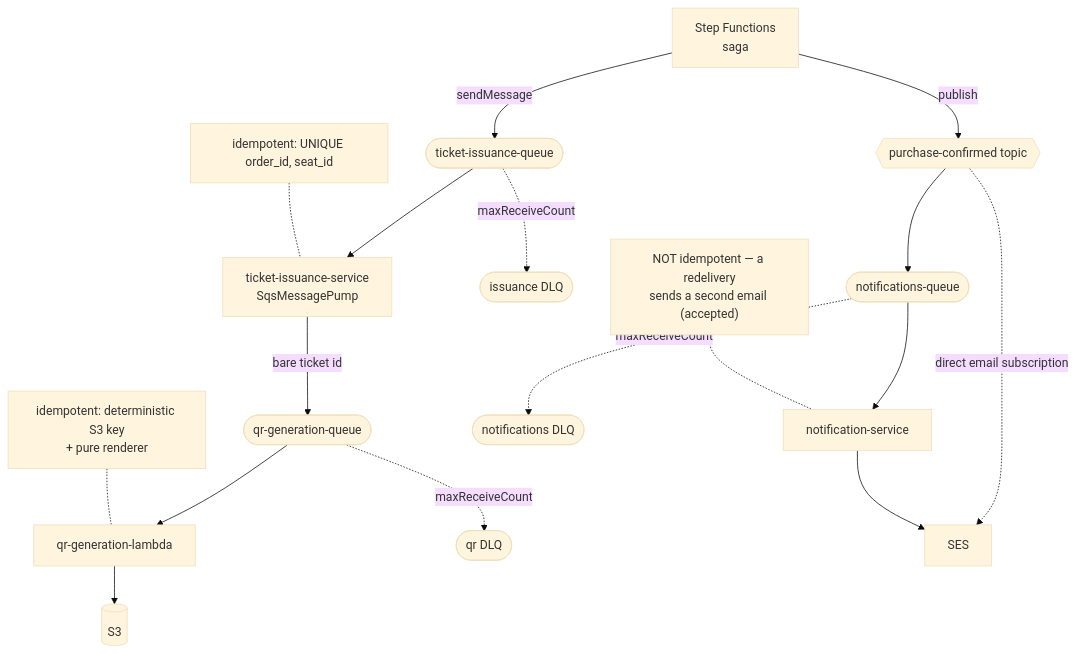
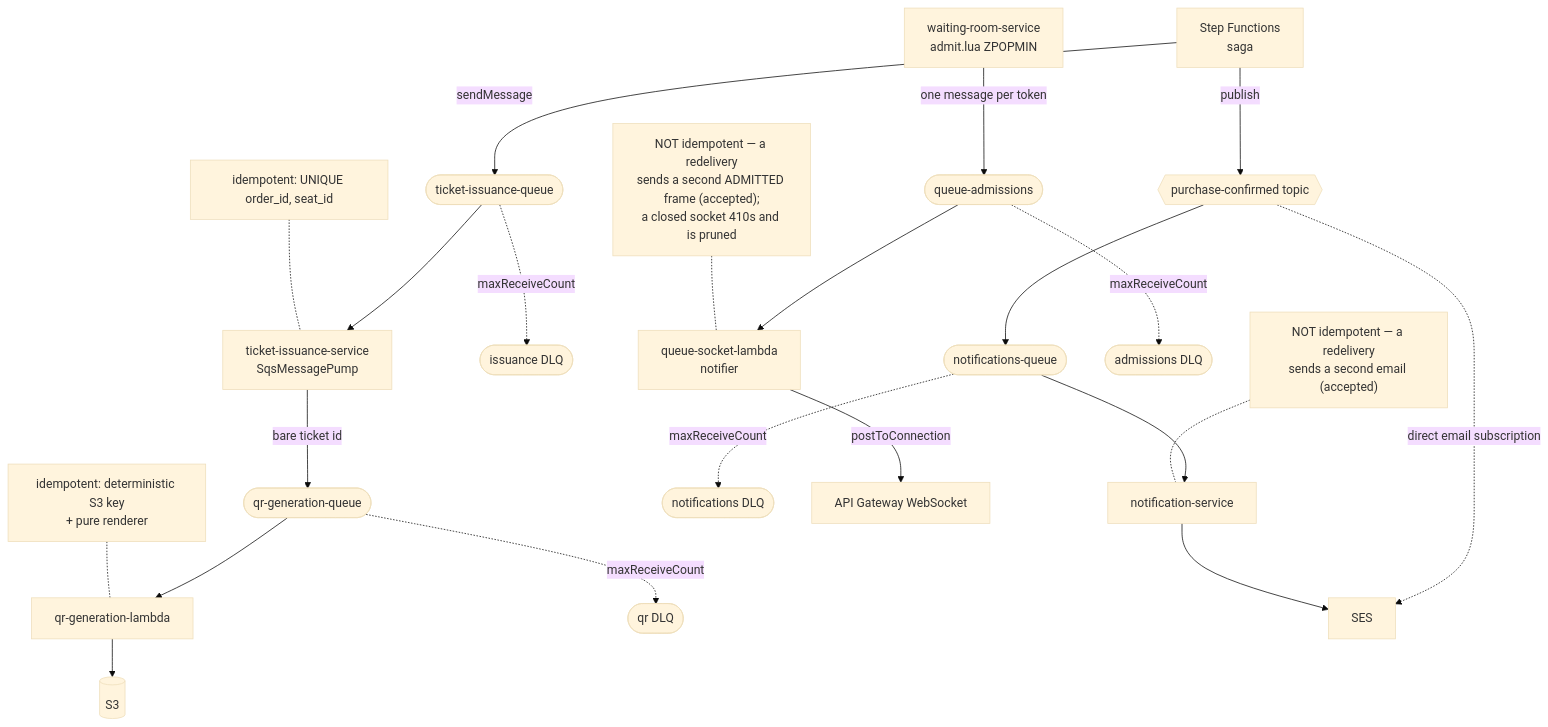
One commit to daliborjelicanin/ticket-waiting-room-aws changed the fifth of 6 diagrams in docs/architecture.md. Above: the diagram before and after it, drawn with Mermaid (base theme). The commit also changed other lines of this file and 30 other files, not shown here.

Commit message:
Queue socket lambda

````diff
--- a/docs/architecture.md
+++ b/docs/architecture.md
@@ -265,25 +275,32 @@
 ```mermaid
 flowchart TB
     SFN["Step Functions<br/>saga"]
 
     SFN -->|"sendMessage"| QI(["ticket-issuance-queue"])
     SFN -->|"publish"| T{{"purchase-confirmed topic"}}
 
     QI --> TI["ticket-issuance-service<br/>SqsMessagePump"]
     QI -.->|"maxReceiveCount"| DLQI(["issuance DLQ"])
 
     TI -->|"bare ticket id"| QQ(["qr-generation-queue"])
     QQ --> QRL["qr-generation-lambda"]
     QQ -.->|"maxReceiveCount"| DLQQ(["qr DLQ"])
     QRL --> S3[("S3")]
 
     T --> QN(["notifications-queue"])
     T -.->|"direct email subscription"| SESD["SES"]
     QN --> NS["notification-service"]
     QN -.->|"maxReceiveCount"| DLQN(["notifications DLQ"])
     NS --> SESD
 
+    WR["waiting-room-service<br/>admit.lua ZPOPMIN"]
+    WR -->|"one message per token"| QA(["queue-admissions"])
+    QA --> WSN["queue-socket-lambda<br/>notifier"]
+    QA -.->|"maxReceiveCount"| DLQA(["admissions DLQ"])
+    WSN -->|"postToConnection"| WS["API Gateway WebSocket"]
+
     I1["idempotent: UNIQUE order_id, seat_id"] -.- TI
     I2["idempotent: deterministic S3 key<br/>+ pure renderer"] -.- QRL
     I3["NOT idempotent — a redelivery<br/>sends a second email (accepted)"] -.- NS
+    I4["NOT idempotent — a redelivery<br/>sends a second ADMITTED frame (accepted);<br/>a closed socket 410s and is pruned"] -.- WSN
 ```
````
